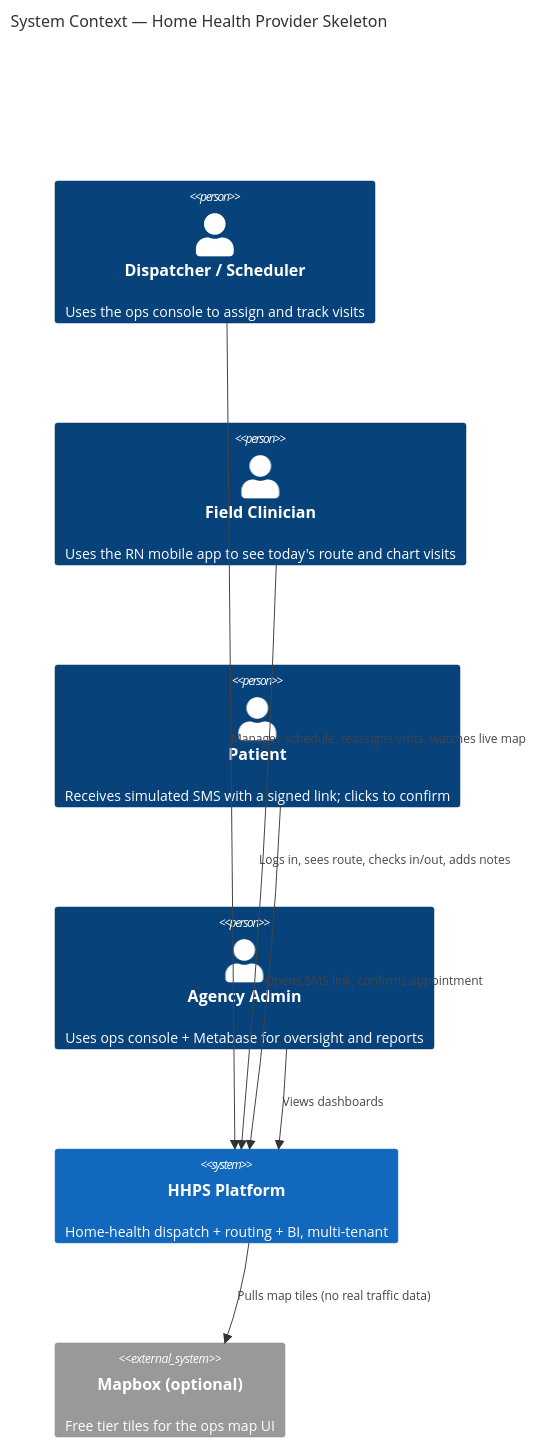
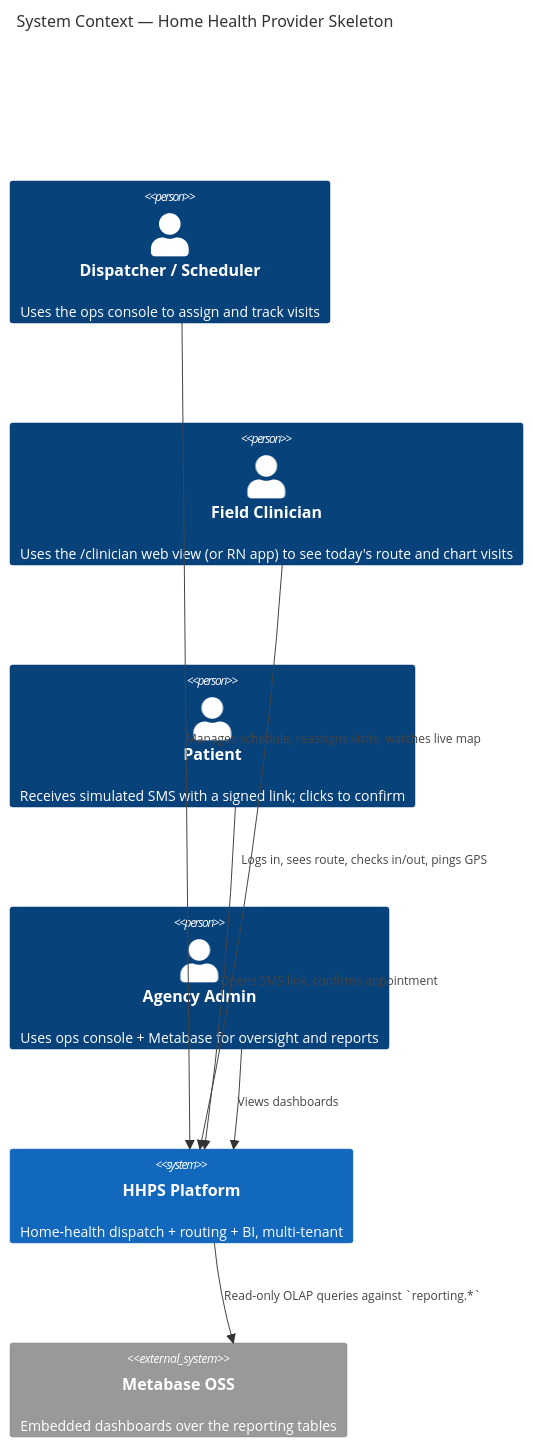
Before and after one commit to waggertron/home-health-provider-skeleton: the first of 10 diagrams in docs/architecture.md, drawn with Mermaid. The commit also changed other lines of this file, not shown here.

First line of the commit message:
docs(architecture): expand to extensive v1 reference

````diff
--- a/docs/architecture.md
+++ b/docs/architecture.md
@@ -94,19 +126,19 @@
 ```mermaid
 C4Context
     title System Context — Home Health Provider Skeleton
 
     Person(dispatcher, "Dispatcher / Scheduler", "Uses the ops console to assign and track visits")
-    Person(clinician, "Field Clinician", "Uses the RN mobile app to see today's route and chart visits")
+    Person(clinician, "Field Clinician", "Uses the /clinician web view (or RN app) to see today's route and chart visits")
     Person(patient, "Patient", "Receives simulated SMS with a signed link; clicks to confirm")
     Person(admin, "Agency Admin", "Uses ops console + Metabase for oversight and reports")
 
     System(hhps, "HHPS Platform", "Home-health dispatch + routing + BI, multi-tenant")
 
-    System_Ext(mapbox, "Mapbox (optional)", "Free tier tiles for the ops map UI")
+    System_Ext(metabase, "Metabase OSS", "Embedded dashboards over the reporting tables")
 
     Rel(dispatcher, hhps, "Manages schedule, reassigns visits, watches live map")
-    Rel(clinician, hhps, "Logs in, sees route, checks in/out, adds notes")
+    Rel(clinician, hhps, "Logs in, sees route, checks in/out, pings GPS")
     Rel(patient, hhps, "Opens SMS link, confirms appointment")
     Rel(admin, hhps, "Views dashboards")
-    Rel(hhps, mapbox, "Pulls map tiles (no real traffic data)")
+    Rel(hhps, metabase, "Read-only OLAP queries against `reporting.*`")
 ```
````
